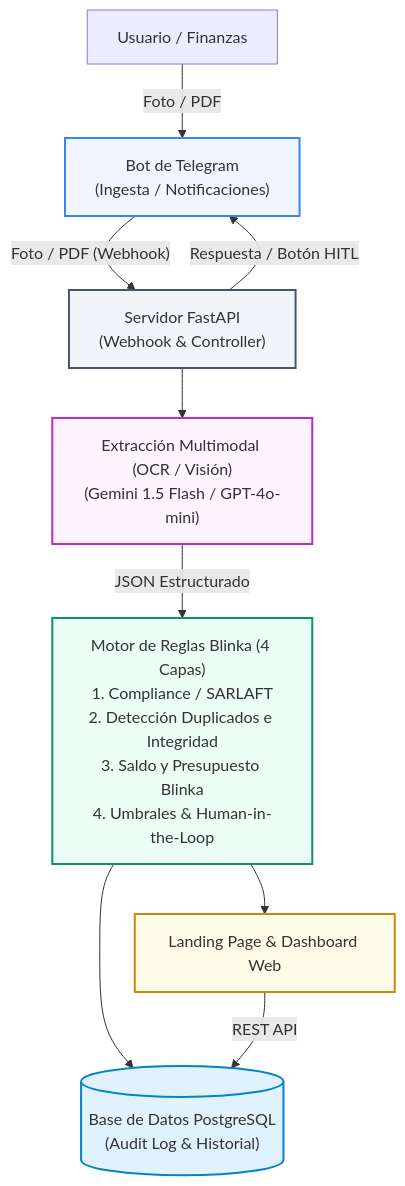
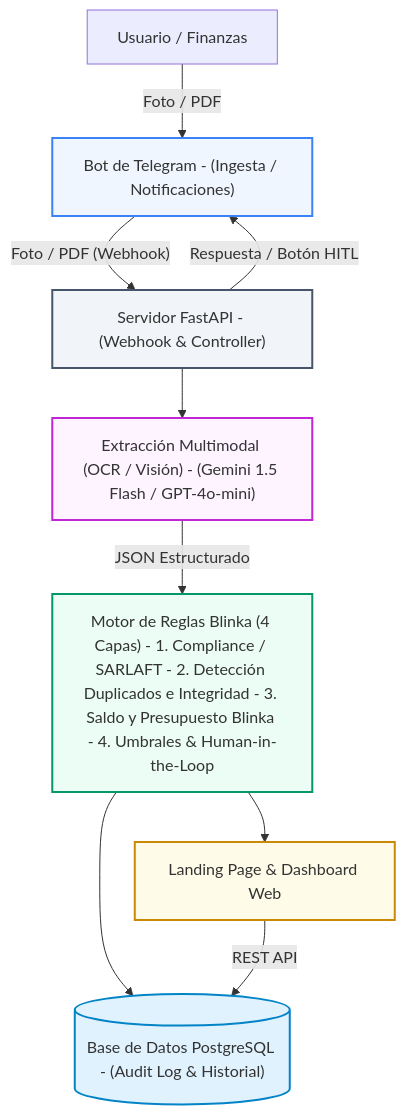
One commit to Oriojas/30X_404_team changed the first of 2 diagrams in docs/arquitectura/arquitectura_solucion_v1.md. Above: the diagram before and after it, drawn with Mermaid. The commit also changed 6 other files, not shown here.

First line of the commit message:
fix: corregir sintaxis de diagramas mermaid y eliminar etiquetas html visibles

````diff
--- a/docs/arquitectura/arquitectura_solucion_v1.md
+++ b/docs/arquitectura/arquitectura_solucion_v1.md
@@ -9,20 +9,20 @@
 ```mermaid
 flowchart TD
-    User["Usuario / Finanzas"] -->|"Foto / PDF"| Telegram["Bot de Telegram<br/>(Ingesta / Notificaciones)"]
-    Telegram -->|"Foto / PDF (Webhook)"| FastAPI["Servidor FastAPI<br/>(Webhook & Controller)"]
+    User["Usuario / Finanzas"] -->|"Foto / PDF"| Telegram["Bot de Telegram - (Ingesta / Notificaciones)"]
+    Telegram -->|"Foto / PDF (Webhook)"| FastAPI["Servidor FastAPI - (Webhook & Controller)"]
     FastAPI -->|"Respuesta / Botón HITL"| Telegram
 
-    FastAPI --> OCR["Extracción Multimodal (OCR / Visión)<br/>(Gemini 1.5 Flash / GPT-4o-mini)"]
-    OCR -->|"JSON Estructurado"| Rules["Motor de Reglas Blinka (4 Capas)<br/>1. Compliance / SARLAFT<br/>2. Detección Duplicados e Integridad<br/>3. Saldo y Presupuesto Blinka<br/>4. Umbrales & Human-in-the-Loop"]
+    FastAPI --> OCR["Extracción Multimodal (OCR / Visión) - (Gemini 1.5 Flash / GPT-4o-mini)"]
+    OCR -->|"JSON Estructurado"| Rules["Motor de Reglas Blinka (4 Capas) - 1. Compliance / SARLAFT - 2. Detección Duplicados e Integridad - 3. Saldo y Presupuesto Blinka - 4. Umbrales & Human-in-the-Loop"]
 
-    Rules --> DB[("Base de Datos PostgreSQL<br/>(Audit Log & Historial)")]
+    Rules --> DB[("Base de Datos PostgreSQL - (Audit Log & Historial)")]
     Rules --> Dashboard["Landing Page & Dashboard Web"]
     Dashboard -->|"REST API"| DB
 
     style Telegram fill:#eff6ff,stroke:#3b82f6,stroke-width:2px
     style FastAPI fill:#f1f5f9,stroke:#475569,stroke-width:2px
     style OCR fill:#fdf4ff,stroke:#c026d3,stroke-width:2px
     style Rules fill:#ecfdf5,stroke:#059669,stroke-width:2px
     style DB fill:#e0f2fe,stroke:#0284c7,stroke-width:2px
     style Dashboard fill:#fefce8,stroke:#ca8a04,stroke-width:2px
 ```
````
